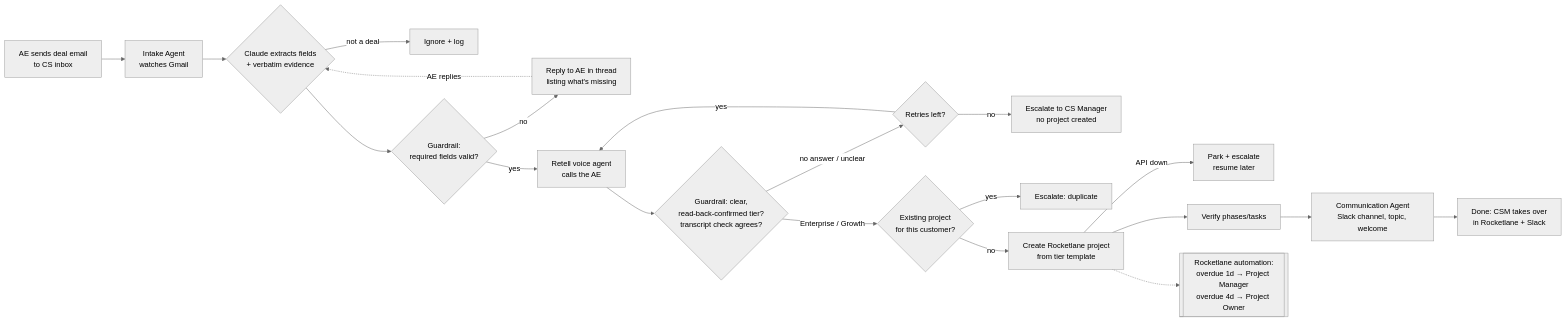
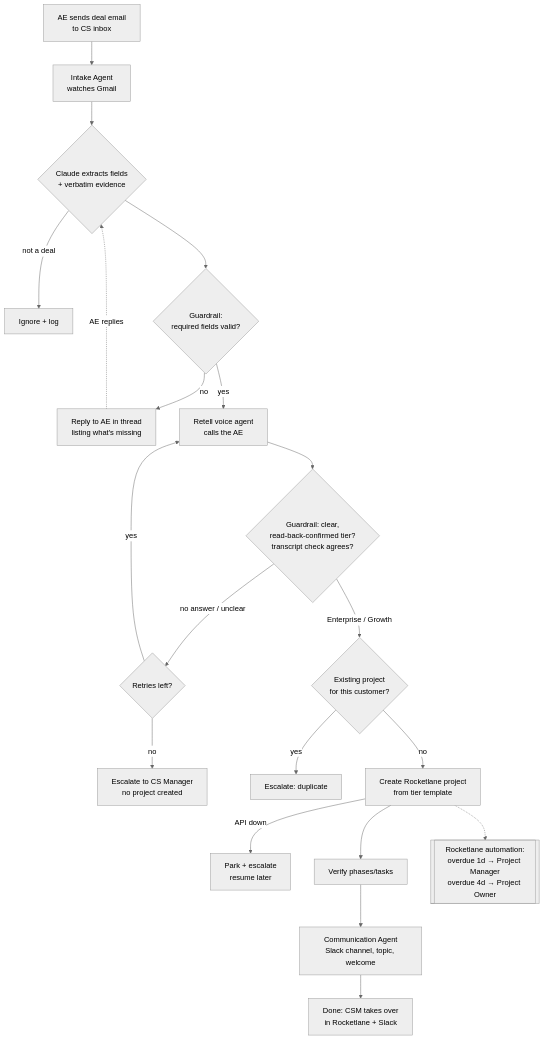
Before and after one commit to subburajan-perumal/novacrm-onboarding-agents: the diagram in docs/requirements.md, drawn with Mermaid (neutral theme). The commit also changed other lines of this file and 2 other files, not shown here.

````diff
--- a/docs/requirements.md
+++ b/docs/requirements.md
@@ -40,22 +40,22 @@
 ```mermaid
-flowchart LR
+flowchart TD
     A[AE sends deal email<br/>to CS inbox] --> B[Intake Agent<br/>watches Gmail]
     B --> C{Claude extracts fields<br/>+ verbatim evidence}
     C -->|not a deal| X1[Ignore + log]
     C --> D{Guardrail:<br/>required fields valid?}
     D -->|no| X2[Reply to AE in thread<br/>listing what's missing]
     X2 -.AE replies.-> C
     D -->|yes| E[Retell voice agent<br/>calls the AE]
     E --> F{Guardrail: clear,<br/>read-back-confirmed tier?<br/>transcript check agrees?}
     F -->|no answer / unclear| G{Retries left?}
     G -->|yes| E
     G -->|no| X3[Escalate to CS Manager<br/>no project created]
     F -->|Enterprise / Growth| H{Existing project<br/>for this customer?}
     H -->|yes| X4[Escalate: duplicate]
     H -->|no| I[Create Rocketlane project<br/>from tier template]
     I -->|API down| X5[Park + escalate<br/>resume later]
     I --> J[Verify phases/tasks]
     J --> K[Communication Agent<br/>Slack channel, topic, welcome]
     K --> L[Done: CSM takes over<br/>in Rocketlane + Slack]
     I -.-> M[[Rocketlane automation:<br/>overdue 1d → Project Manager<br/>overdue 4d → Project Owner]]
 ```
````
